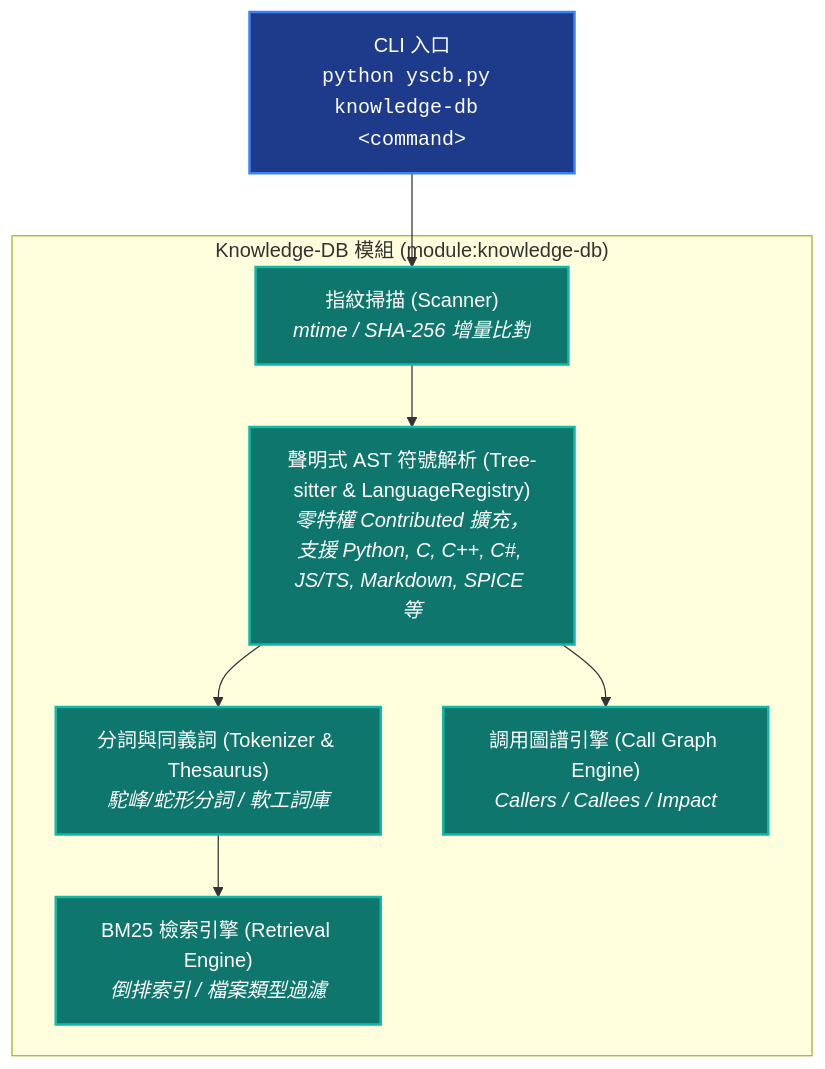
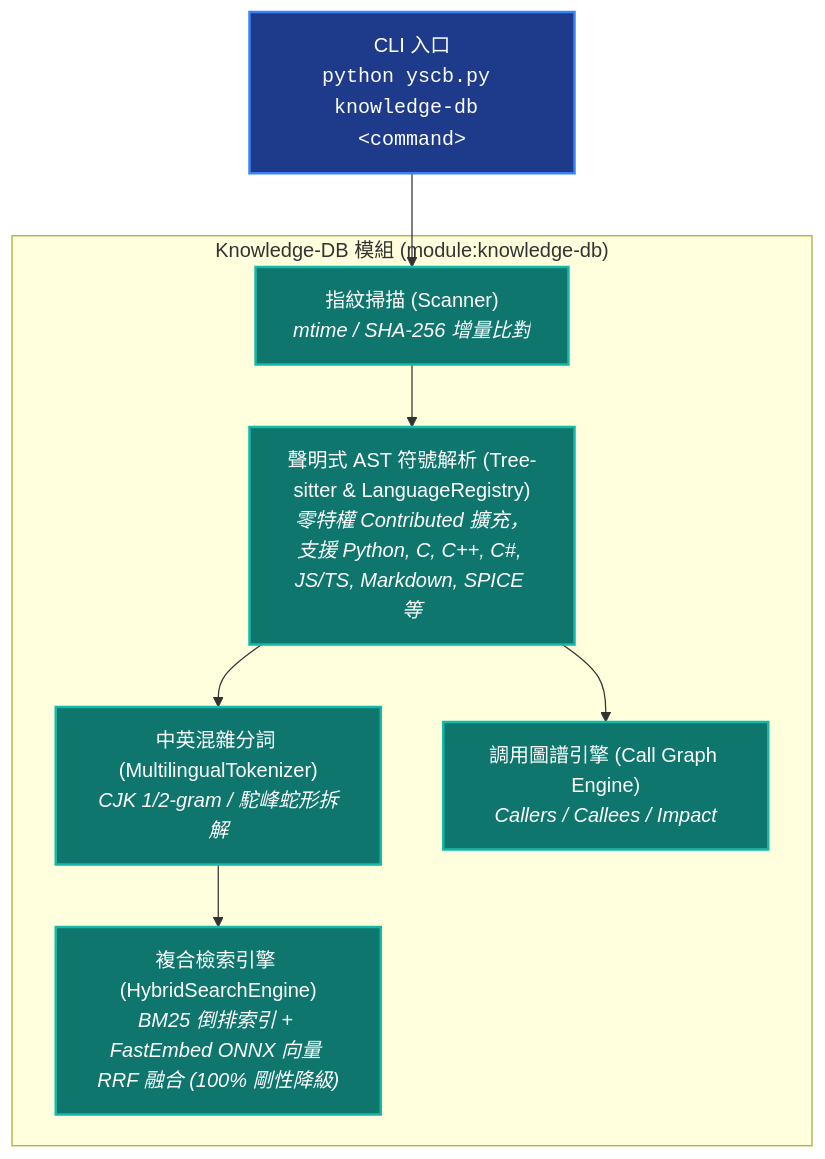
One commit to ysnaive/ys-codebase changed the diagram in ys_codebase/source/knowledge-db/README.md. Above: the diagram before and after it, drawn with Mermaid. The commit also changed other lines of this file and 30 other files, not shown here.

Commit message:
feat(knowledge-db): add multilingual tokenizer and fastembed hybrid search engine

````diff
--- a/ys_codebase/source/knowledge-db/README.md
+++ b/ys_codebase/source/knowledge-db/README.md
@@ -12,21 +12,21 @@
 ```mermaid
 graph TD
     classDef main fill:#1e3a8a,stroke:#3b82f6,stroke-width:2px,color:#fff;
     classDef sub fill:#0f766e,stroke:#14b8a6,stroke-width:2px,color:#fff;
 
     CLI["CLI 入口<br/><code>python yscb.py knowledge-db &lt;command&gt;</code>"]:::main
 
     subgraph KnowledgeDBModule ["Knowledge-DB 模組 (module:knowledge-db)"]
         Scanner["指紋掃描 (Scanner)<br/><i>mtime / SHA-256 增量比對</i>"]:::sub
         Parsers["聲明式 AST 符號解析 (Tree-sitter & LanguageRegistry)<br/><i>零特權 Contributed 擴充，支援 Python, C, C++, C#, JS/TS, Markdown, SPICE 等</i>"]:::sub
-        Tokenizer["分詞與同義詞 (Tokenizer & Thesaurus)<br/><i>駝峰/蛇形分詞 / 軟工詞庫</i>"]:::sub
-        Retrieval["BM25 檢索引擎 (Retrieval Engine)<br/><i>倒排索引 / 檔案類型過濾</i>"]:::sub
+        Tokenizer["中英混雜分詞 (MultilingualTokenizer)<br/><i>CJK 1/2-gram / 駝峰蛇形拆解</i>"]:::sub
+        Retrieval["複合檢索引擎 (HybridSearchEngine)<br/><i>BM25 倒排索引 + FastEmbed ONNX 向量 RRF 融合 (100% 剛性降級)</i>"]:::sub
         Graph["調用圖譜引擎 (Call Graph Engine)<br/><i>Callers / Callees / Impact</i>"]:::sub
     end
 
     CLI --> Scanner
     Scanner --> Parsers
     Parsers --> Tokenizer
     Tokenizer --> Retrieval
     Parsers --> Graph
 ```
````
